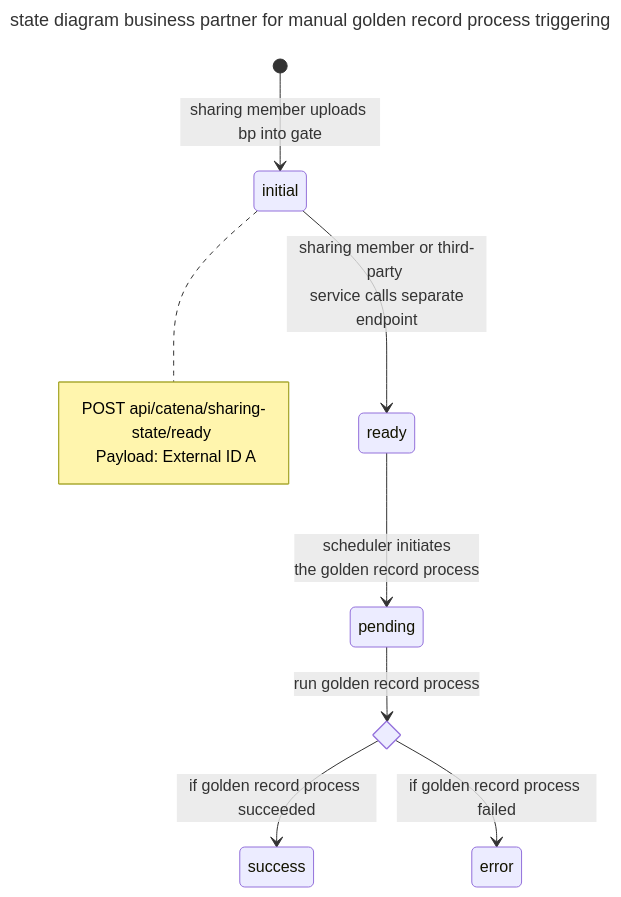
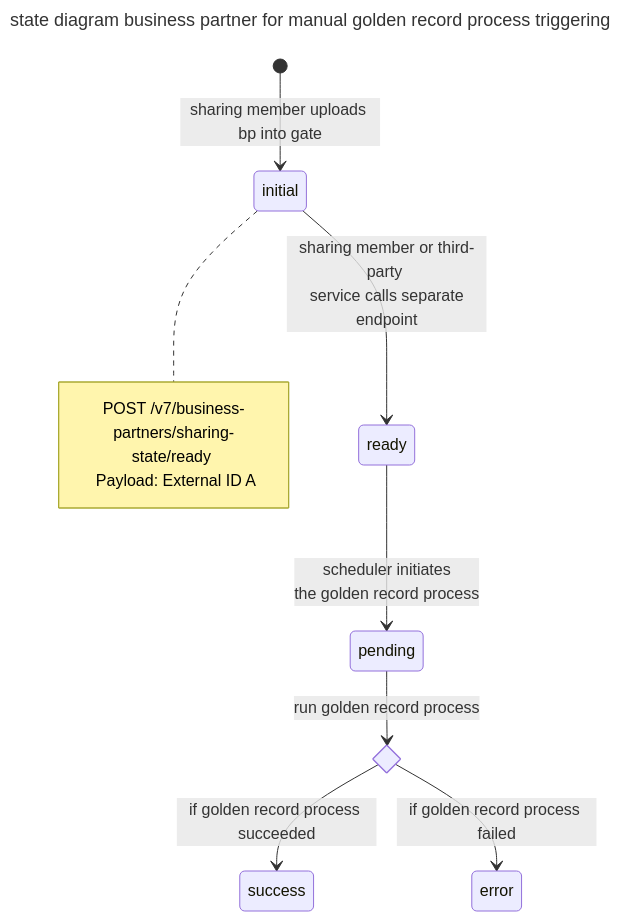
Before and after one commit to eclipse-tractusx/eclipse-tractusx.github.io: the seventh of 10 diagrams in docs-kits_versioned_docs/version-26.09/kits/business-partner-kit/documentation-bpdm/bpdm-arc42.md, drawn with Mermaid. The commit also changed other lines of this file and 13 other files, not shown here.

````diff
--- a/docs-kits_versioned_docs/version-26.09/kits/business-partner-kit/documentation-bpdm/bpdm-arc42.md
+++ b/docs-kits_versioned_docs/version-26.09/kits/business-partner-kit/documentation-bpdm/bpdm-arc42.md
@@ -370,16 +589,16 @@
 ```mermaid
 ---
 title: state diagram business partner for manual golden record process triggering
 ---
 stateDiagram-v2
     [*] --> initial: sharing member uploads bp into gate
     note right of initial
-      POST api/catena/sharing-state/ready <br> Payload: External ID A
+      POST /v7/business-partners/sharing-state/ready <br> Payload: External ID A
     end note
     initial --> ready: sharing member or third-party <br> service calls separate endpoint
     ready --> pending: scheduler initiates <br> the golden record process
     state if_state <<choice>>
     pending --> if_state: run golden record process
     if_state --> success: if golden record process succeeded
     if_state --> error: if golden record process failed
 ```
````
